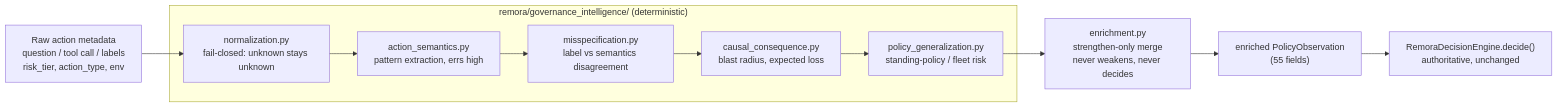
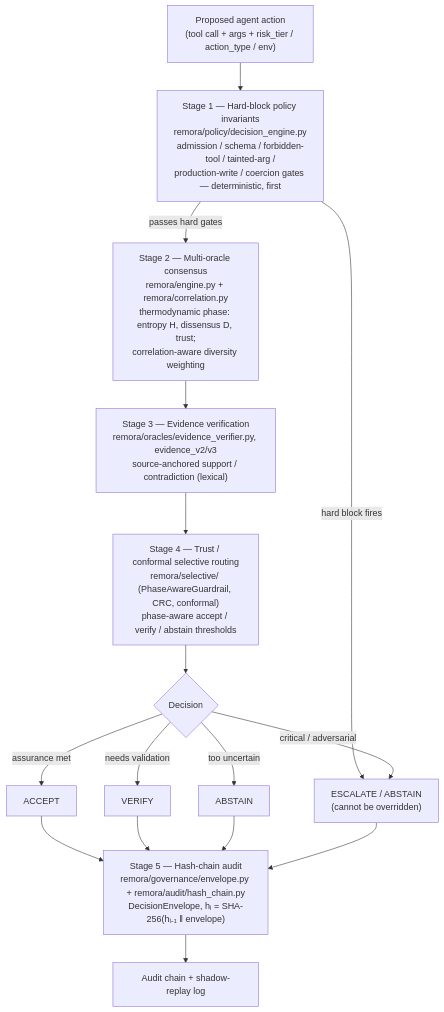
One commit to darklordVirtual/REMORA-research changed the first of 2 diagrams in ARCHITECTURE.md. Above: the diagram before and after it, drawn with Mermaid. The commit also changed other lines of this file and 2 other files, not shown here.

First line of the commit message:
docs(architecture): current-only ARCHITECTURE.md; fix metadata drift (external review)

````diff
--- a/ARCHITECTURE.md
+++ b/ARCHITECTURE.md
@@ -452,17 +65,25 @@
 ```mermaid
-flowchart LR
-    RAW["Raw action metadata\nquestion / tool call / labels\nrisk_tier, action_type, env"] --> N
+flowchart TD
+    ACT["Proposed agent action\n(tool call + args + risk_tier / action_type / env)"] --> S1
 
-    subgraph GI["remora/governance_intelligence/ (deterministic)"]
-      N["normalization.py\nfail-closed: unknown stays unknown"]
-      A["action_semantics.py\npattern extraction, errs high"]
-      M["misspecification.py\nlabel vs semantics disagreement"]
-      C["causal_consequence.py\nblast radius, expected loss"]
-      P["policy_generalization.py\nstanding-policy / fleet risk"]
-      N --> A --> M --> C --> P
-    end
+    S1["Stage 1 — Hard-block policy invariants\nremora/policy/decision_engine.py\nadmission / schema / forbidden-tool / tainted-arg /\nproduction-write / coercion gates — deterministic, first"]
+    S1 -->|"hard block fires"| ESC["ESCALATE / ABSTAIN\n(cannot be overridden)"]
+    S1 -->|"passes hard gates"| S2
 
-    P --> MERGE["enrichment.py\nstrengthen-only merge\nnever weakens, never decides"]
-    MERGE --> OBS["enriched PolicyObservation\n(55 fields)"]
-    OBS --> ENGINE["RemoraDecisionEngine.decide()\nauthoritative, unchanged"]
+    S2["Stage 2 — Multi-oracle consensus\nremora/engine.py + remora/correlation.py\nthermodynamic phase: entropy H, dissensus D, trust;\ncorrelation-aware diversity weighting"]
+    S2 --> S3
+
+    S3["Stage 3 — Evidence verification\nremora/oracles/evidence_verifier.py, evidence_v2/v3\nsource-anchored support / contradiction (lexical)"]
+    S3 --> S4
+
+    S4["Stage 4 — Trust / conformal selective routing\nremora/selective/ (PhaseAwareGuardrail, CRC, conformal)\nphase-aware accept / verify / abstain thresholds"]
+    S4 --> DEC{"Decision"}
+
+    DEC -->|"assurance met"| ACCEPT["ACCEPT"]
+    DEC -->|"needs validation"| VERIFY["VERIFY"]
+    DEC -->|"too uncertain"| ABSTAIN["ABSTAIN"]
+    DEC -->|"critical / adversarial"| ESC
+
+    ACCEPT & VERIFY & ABSTAIN & ESC --> S5["Stage 5 — Hash-chain audit\nremora/governance/envelope.py + remora/audit/hash_chain.py\nDecisionEnvelope, hᵢ = SHA-256(hᵢ₋₁ ‖ envelope)"]
+    S5 --> OUT["Audit chain + shadow-replay log"]
 ```
````
